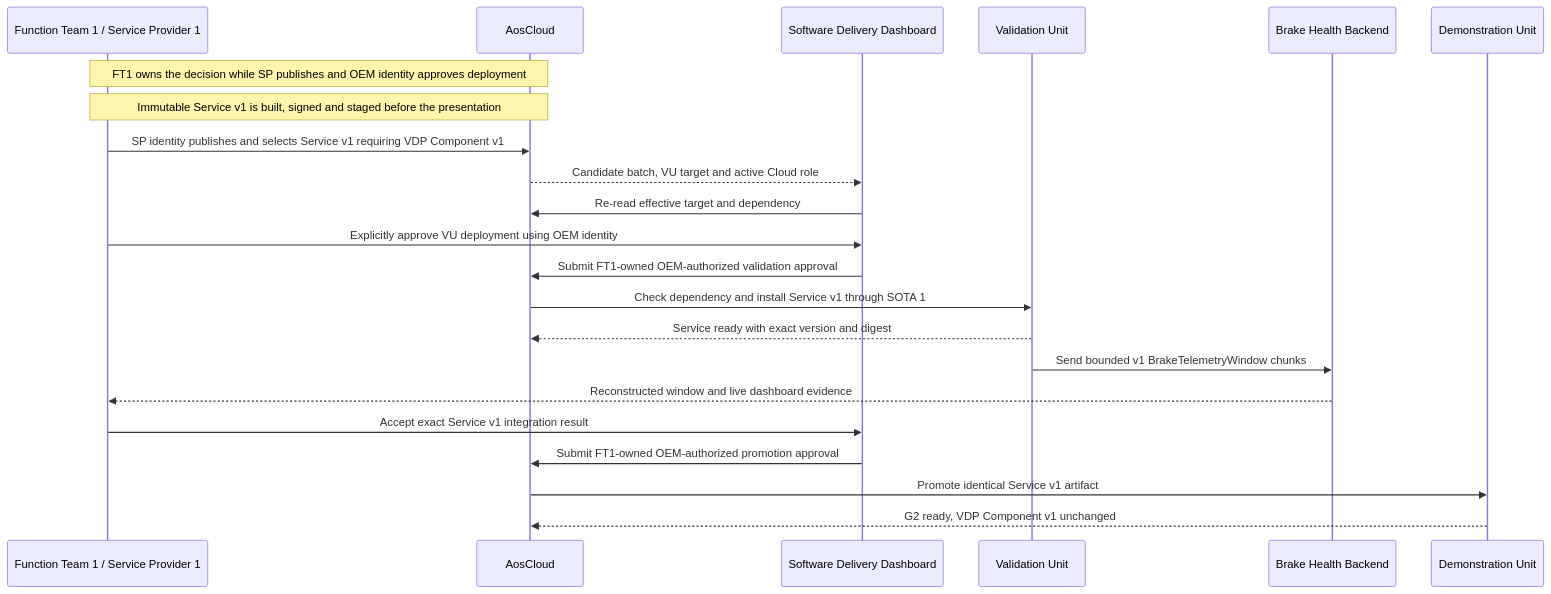
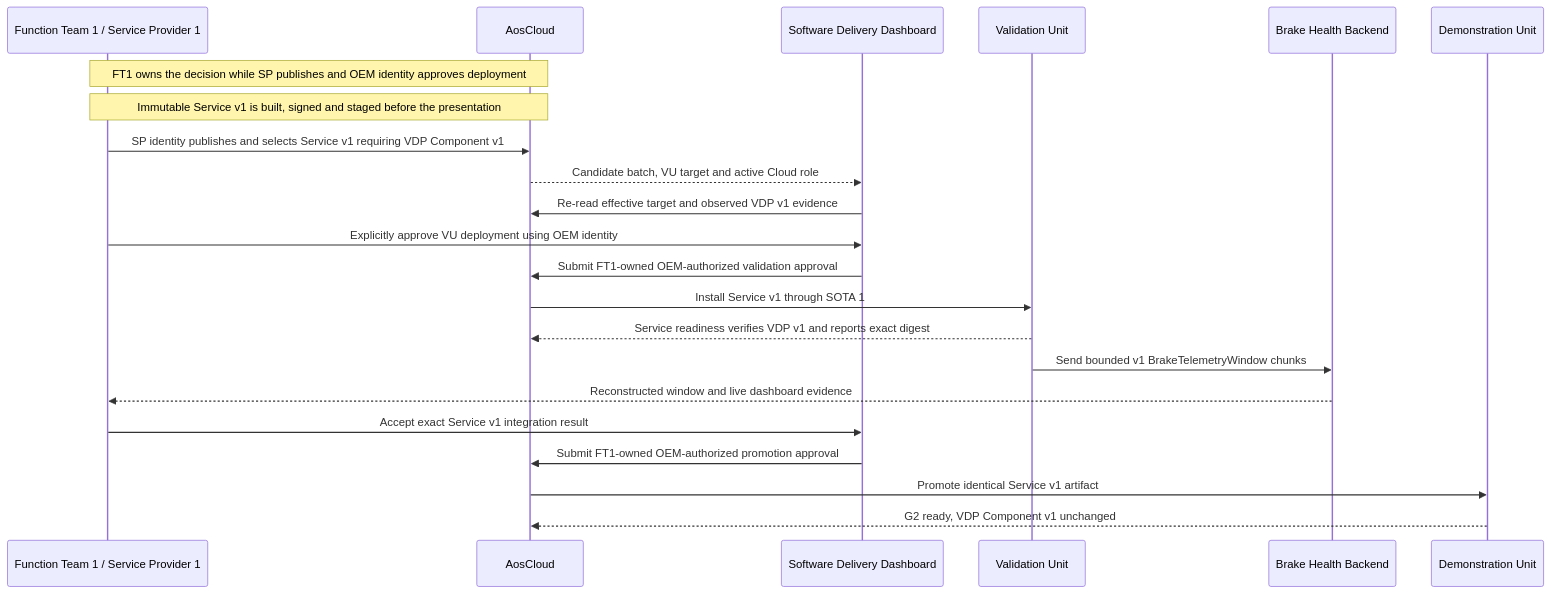
Before and after one commit to alexmaninblack/aosedge-sdv-demo: the ninth of 20 diagrams in docs/architecture/demo-scenario-architecture-flows.md, drawn with Mermaid. The commit also changed other lines of this file and 8 other files, not shown here.

````diff
--- a/docs/architecture/demo-scenario-architecture-flows.md
+++ b/docs/architecture/demo-scenario-architecture-flows.md
@@ -549,25 +550,25 @@
 ```mermaid
 sequenceDiagram
     participant FT1 as Function Team 1 / Service Provider 1
     participant AC as AosCloud
     participant SD as Software Delivery Dashboard
     participant VU as Validation Unit
     participant BE as Brake Health Backend
     participant DU as Demonstration Unit
 
     Note over FT1,AC: FT1 owns the decision while SP publishes and OEM identity approves deployment
     Note over FT1,AC: Immutable Service v1 is built, signed and staged before the presentation
     FT1->>AC: SP identity publishes and selects Service v1 requiring VDP Component v1
     AC-->>SD: Candidate batch, VU target and active Cloud role
-    SD->>AC: Re-read effective target and dependency
+    SD->>AC: Re-read effective target and observed VDP v1 evidence
     FT1->>SD: Explicitly approve VU deployment using OEM identity
     SD->>AC: Submit FT1-owned OEM-authorized validation approval
-    AC->>VU: Check dependency and install Service v1 through SOTA 1
-    VU-->>AC: Service ready with exact version and digest
+    AC->>VU: Install Service v1 through SOTA 1
+    VU-->>AC: Service readiness verifies VDP v1 and reports exact digest
     VU->>BE: Send bounded v1 BrakeTelemetryWindow chunks
     BE-->>FT1: Reconstructed window and live dashboard evidence
     FT1->>SD: Accept exact Service v1 integration result
     SD->>AC: Submit FT1-owned OEM-authorized promotion approval
     AC->>DU: Promote identical Service v1 artifact
     DU-->>AC: G2 ready, VDP Component v1 unchanged
 ```
````
